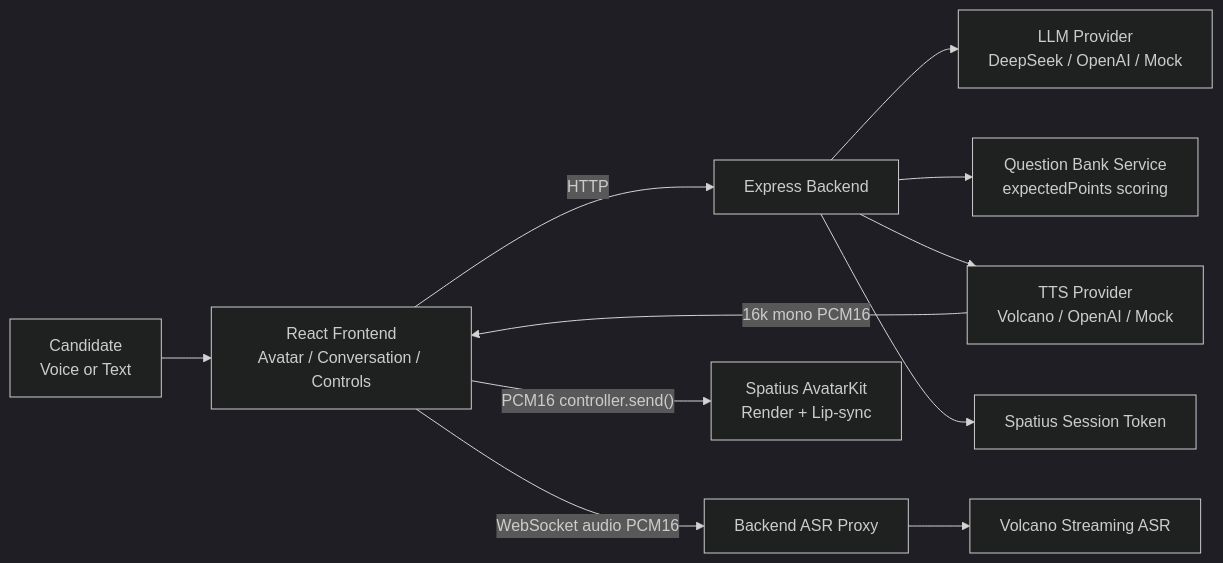
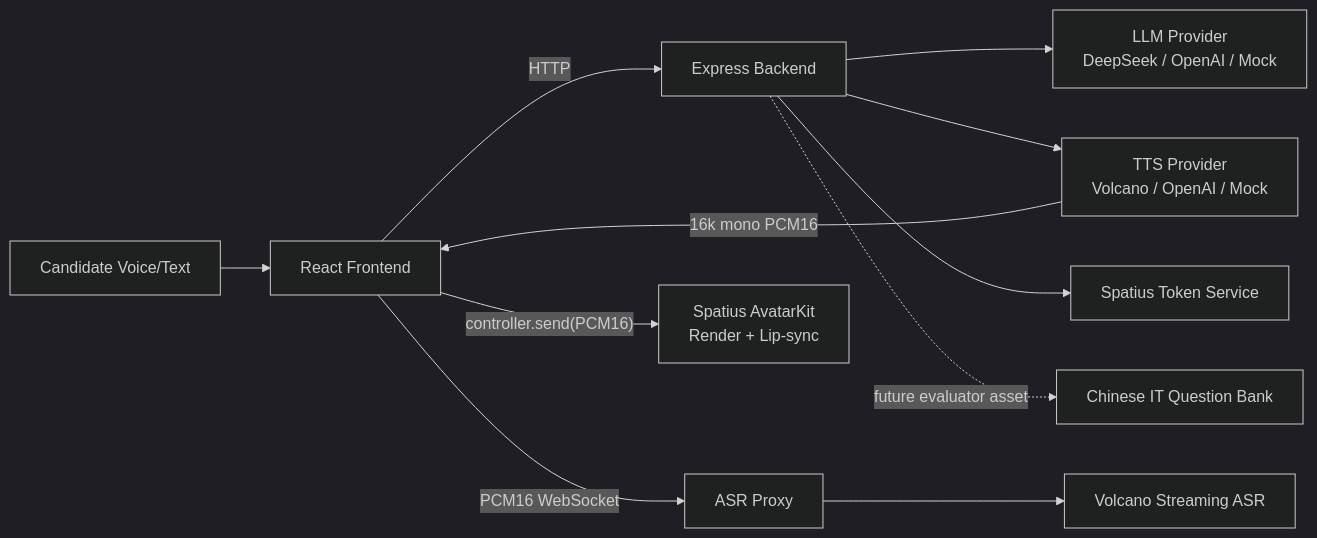
The diagram in README.md (cysy10236-sketch/AvaCoach), drawn with Mermaid (dark theme) before and after one commit. The commit also changed other lines of this file and 20 other files, not shown here.

````diff
--- a/README.md
+++ b/README.md
@@ -58,13 +40,13 @@
 ```mermaid
 flowchart LR
-  U["Candidate<br/>Voice or Text"] --> C["React Frontend<br/>Avatar / Conversation / Controls"]
+  U["Candidate Voice/Text"] --> C["React Frontend"]
   C -->|"HTTP"| B["Express Backend"]
-  C -->|"WebSocket audio PCM16"| ASRP["Backend ASR Proxy"]
+  C -->|"PCM16 WebSocket"| ASRP["ASR Proxy"]
   B --> LLM["LLM Provider<br/>DeepSeek / OpenAI / Mock"]
-  B --> QB["Question Bank Service<br/>expectedPoints scoring"]
   B --> TTS["TTS Provider<br/>Volcano / OpenAI / Mock"]
-  B --> SPT["Spatius Session Token"]
+  B --> SPT["Spatius Token Service"]
+  B -. "future evaluator asset" .-> QB["Chinese IT Question Bank"]
   ASRP --> VASR["Volcano Streaming ASR"]
   TTS -->|"16k mono PCM16"| C
-  C -->|"PCM16 controller.send()"| AV["Spatius AvatarKit<br/>Render + Lip-sync"]
+  C -->|"controller.send(PCM16)"| AV["Spatius AvatarKit<br/>Render + Lip-sync"]
 ```
````
